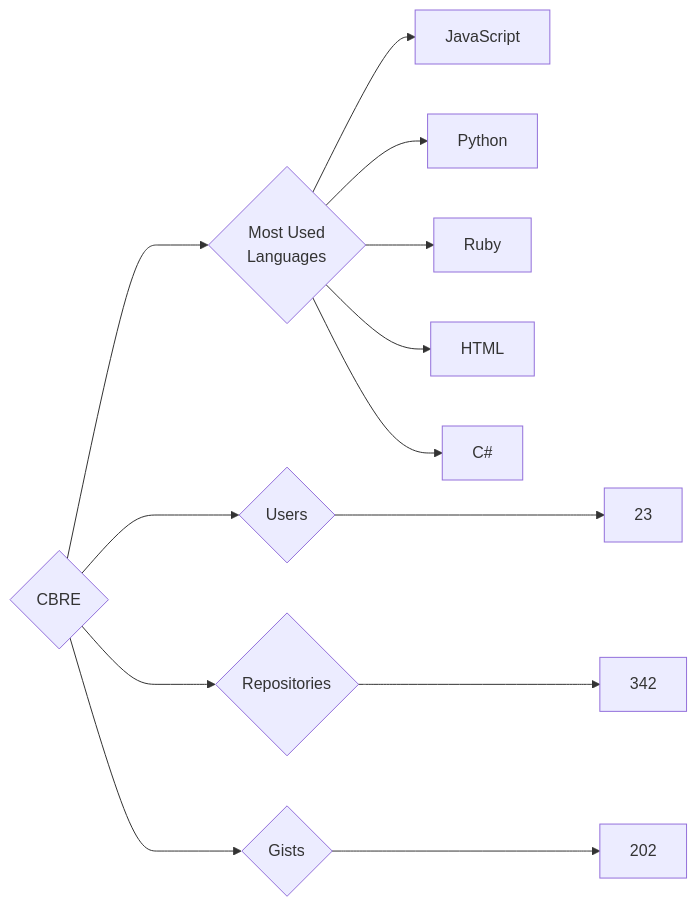
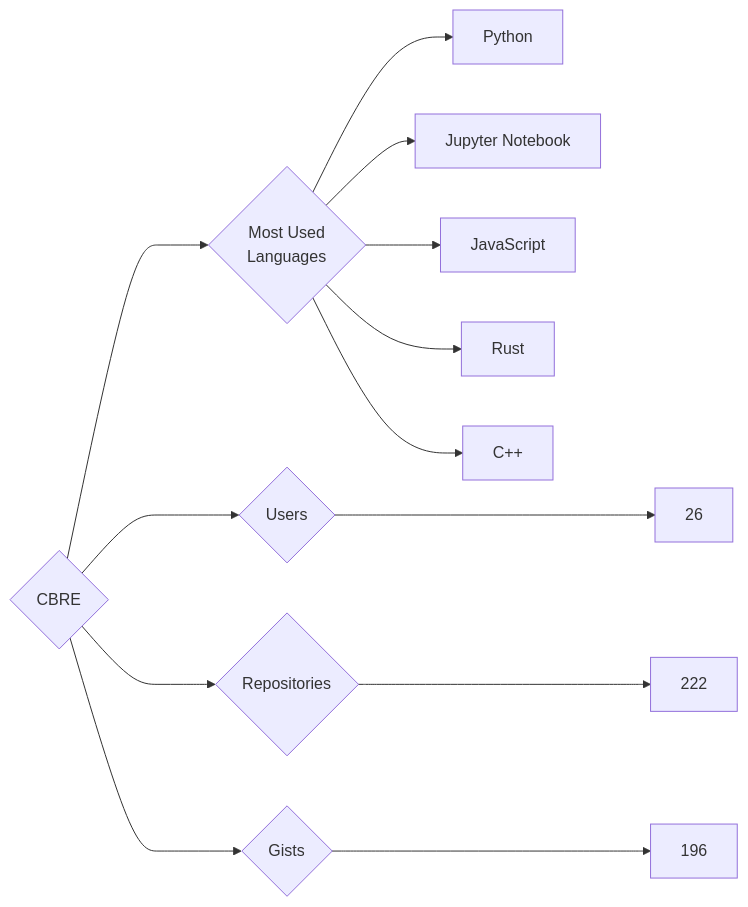
One commit to trickest/insiders changed the diagram in targets/CBRE/README.md. Above: the diagram before and after it, drawn with Mermaid. The commit also changed 545 other files, not shown here.

````diff
--- a/targets/CBRE/README.md
+++ b/targets/CBRE/README.md
@@ -3,13 +3,13 @@
 ```mermaid
 graph LR
 COMPANY_NAME{CBRE}
-COMPANY_NAME ---> U{Users} ---> UN[23]
-COMPANY_NAME ---> R{Repositories} ---> RN[342]
-COMPANY_NAME ---> G{Gists} ---> GN[202]
+COMPANY_NAME ---> U{Users} ---> UN[26]
+COMPANY_NAME ---> R{Repositories} ---> RN[222]
+COMPANY_NAME ---> G{Gists} ---> GN[196]
 COMPANY_NAME ---> ML{Most Used<br>Languages}
+ML --> Python[Python]
+ML --> Jupyter_Notebook[Jupyter Notebook]
 ML --> JavaScript[JavaScript]
-ML --> Python[Python]
-ML --> Ruby[Ruby]
-ML --> HTML[HTML]
-ML --> C#[C#]
+ML --> Rust[Rust]
+ML --> C++[C++]
 ```
````
